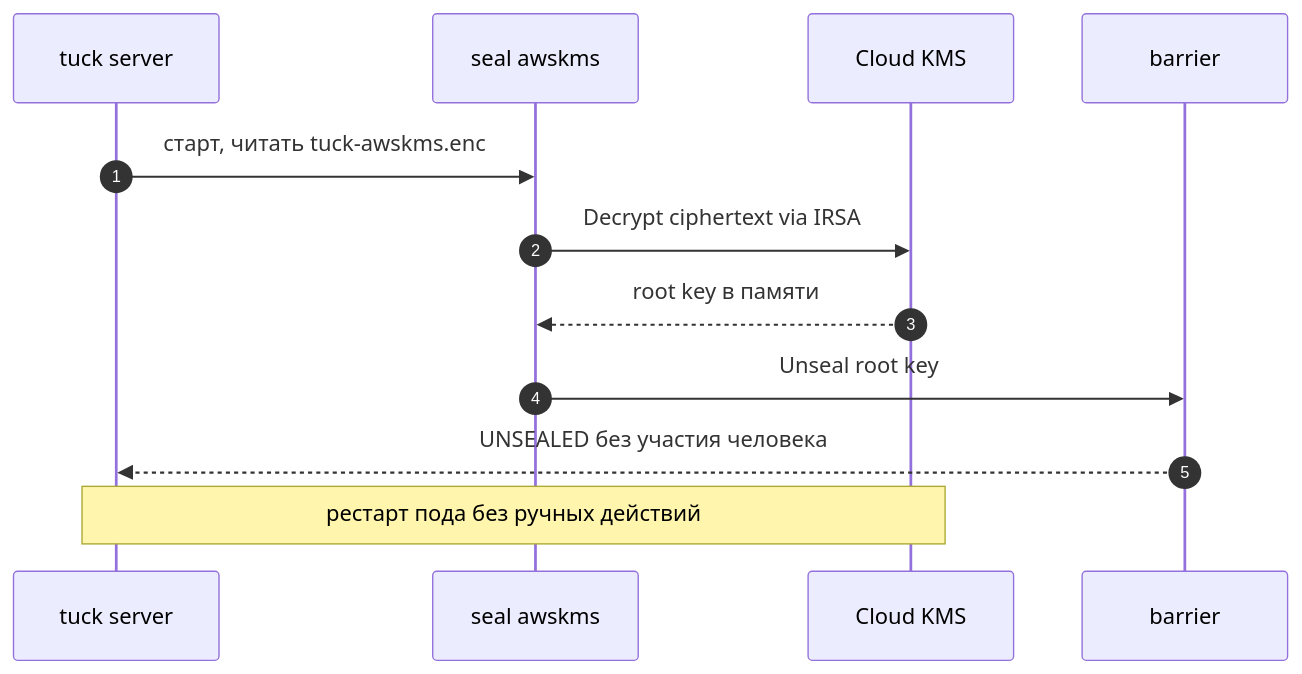
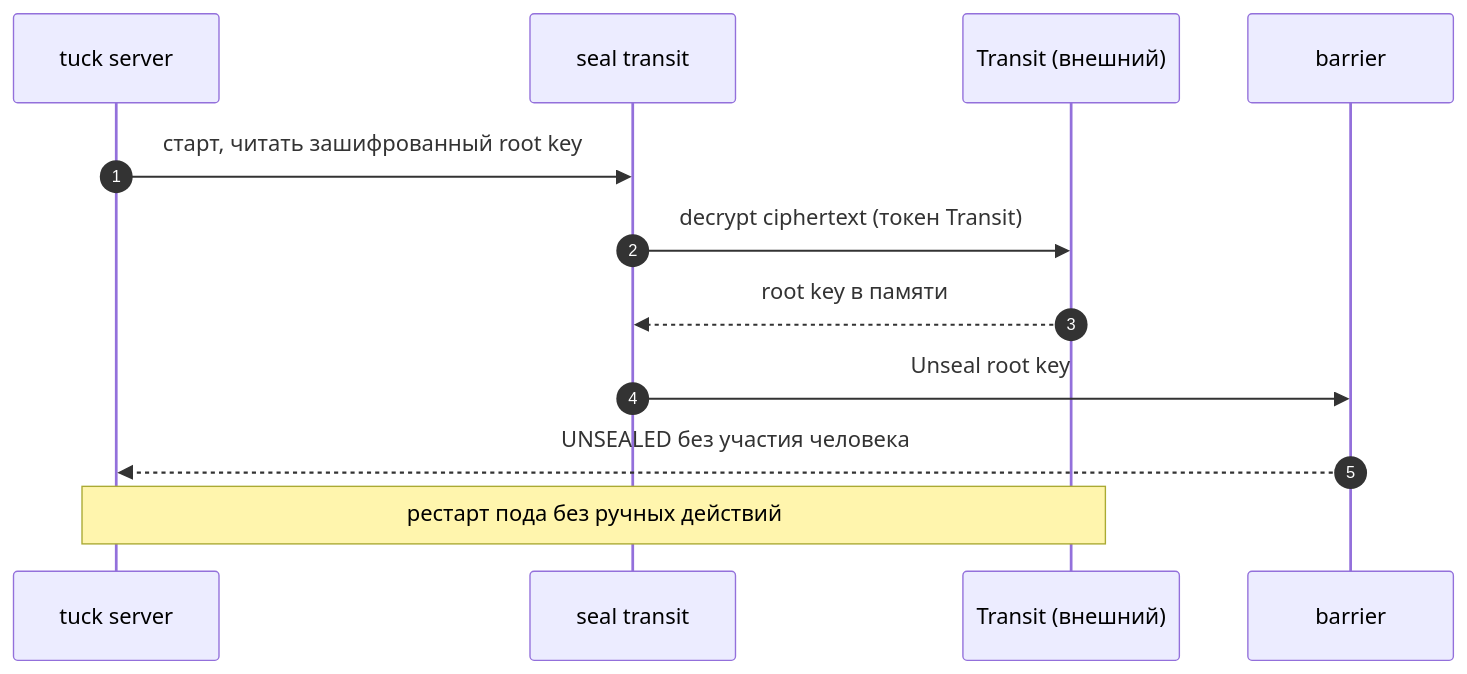
Before and after one commit to NAGenaev/tuck: the second of 12 diagrams in docs/03-sequence-diagrams.md, drawn with Mermaid. The commit also changed other lines of this file and 23 other files, not shown here.

````diff
--- a/docs/03-sequence-diagrams.md
+++ b/docs/03-sequence-diagrams.md
@@ -40,15 +40,15 @@
 ```mermaid
 sequenceDiagram
     autonumber
     participant Tuck as tuck server
-    participant Seal as seal awskms
-    participant KMS as Cloud KMS
+    participant Seal as seal transit
+    participant KMS as Transit (внешний)
     participant Bar as barrier
 
-    Tuck->>Seal: старт, читать tuck-awskms.enc
-    Seal->>KMS: Decrypt ciphertext via IRSA
+    Tuck->>Seal: старт, читать зашифрованный root key
+    Seal->>KMS: decrypt ciphertext (токен Transit)
     KMS-->>Seal: root key в памяти
     Seal->>Bar: Unseal root key
     Bar-->>Tuck: UNSEALED без участия человека
     Note over Tuck,KMS: рестарт пода без ручных действий
 ```
````
